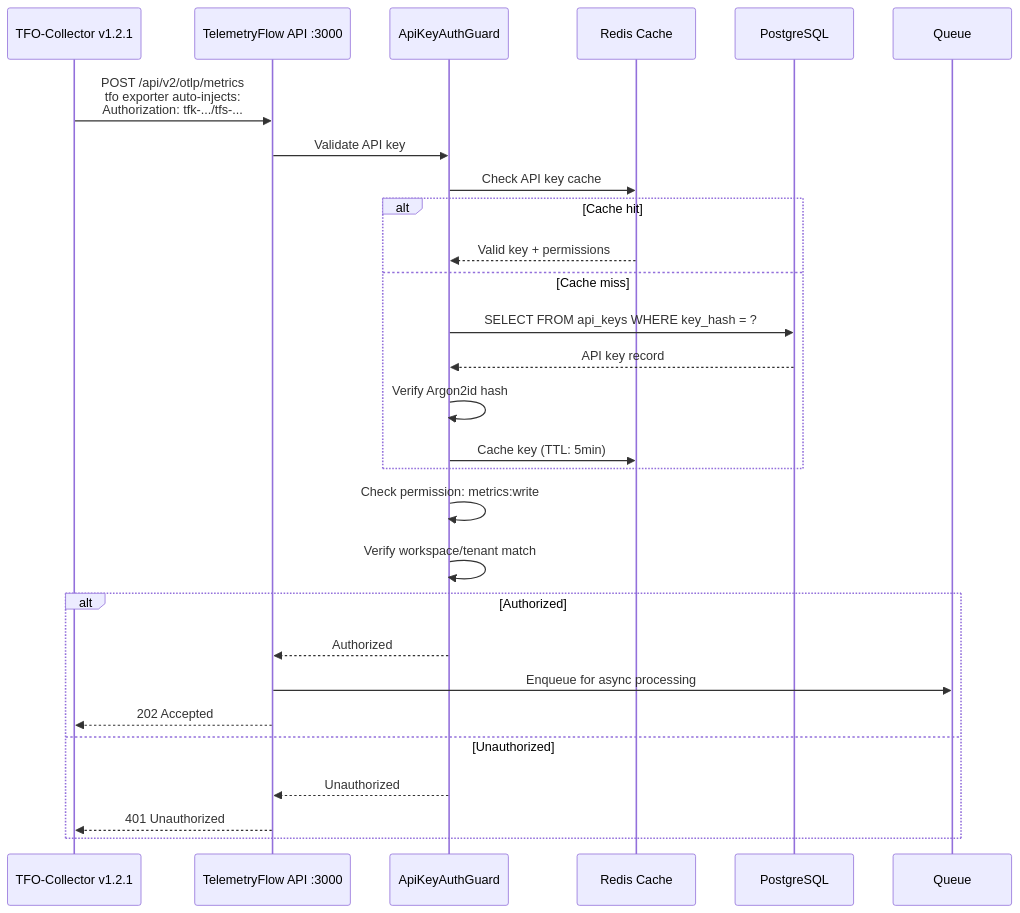
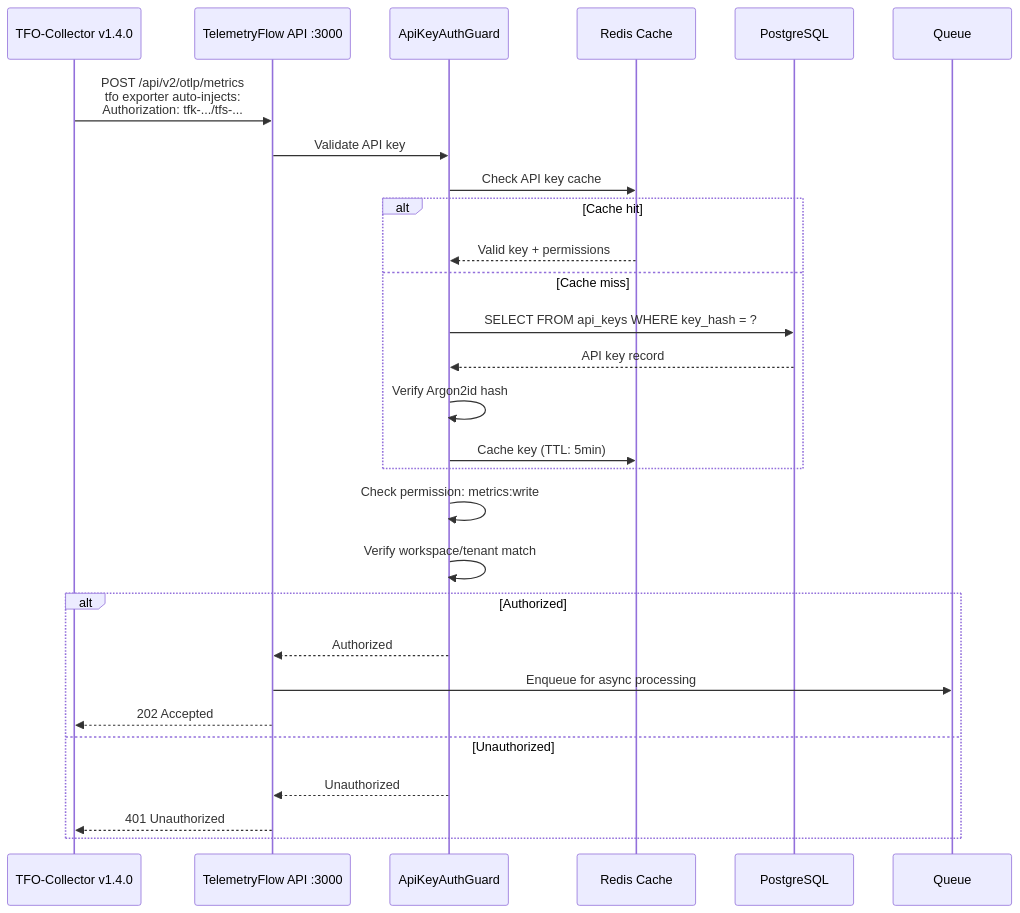
Before and after one commit to telemetryflow/telemetryflow-overview: the fourth of 4 diagrams in tfo-otel/INGESTION-FLOW.md, drawn with Mermaid. The commit also changed other lines of this file and 11 other files, not shown here.

````diff
--- a/tfo-otel/INGESTION-FLOW.md
+++ b/tfo-otel/INGESTION-FLOW.md
@@ -433,34 +433,34 @@
 ```mermaid
 sequenceDiagram
-    participant Collector as TFO-Collector v1.2.1
+    participant Collector as TFO-Collector v1.4.0
     participant API as TelemetryFlow API :3000
     participant Guard as ApiKeyAuthGuard
     participant Cache as Redis Cache
     participant DB as PostgreSQL
 
     Collector->>API: POST /api/v2/otlp/metrics<br/>tfo exporter auto-injects:<br/>Authorization: tfk-.../tfs-...
 
     API->>Guard: Validate API key
 
     Guard->>Cache: Check API key cache
     alt Cache hit
         Cache-->>Guard: Valid key + permissions
     else Cache miss
         Guard->>DB: SELECT FROM api_keys WHERE key_hash = ?
         DB-->>Guard: API key record
         Guard->>Guard: Verify Argon2id hash
         Guard->>Cache: Cache key (TTL: 5min)
     end
 
     Guard->>Guard: Check permission: metrics:write
     Guard->>Guard: Verify workspace/tenant match
 
     alt Authorized
         Guard-->>API: Authorized
         API->>Queue: Enqueue for async processing
         API-->>Collector: 202 Accepted
     else Unauthorized
         Guard-->>API: Unauthorized
         API-->>Collector: 401 Unauthorized
     end
 ```
````
